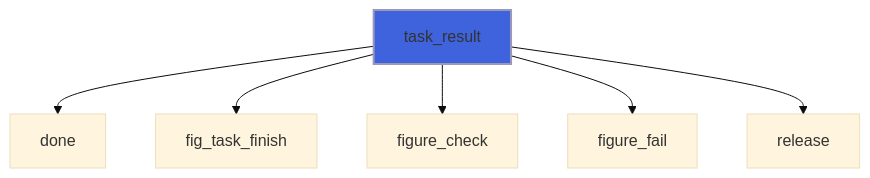
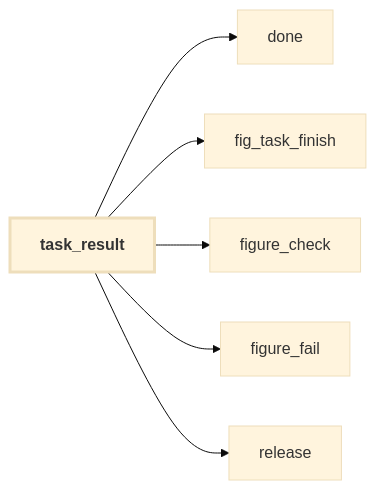
One commit to szaghi/figure changed the seventh of 12 diagrams in docs/api/src/lib/figure_task.md. Above: the diagram before and after it, drawn with Mermaid (base theme). The commit also changed other lines of this file and 54 other files, not shown here.

````diff
--- a/docs/api/src/lib/figure_task.md
+++ b/docs/api/src/lib/figure_task.md
@@ -280,9 +298,14 @@
 ```mermaid
-flowchart TD
+flowchart LR
   task_result["task_result"] --> done["done"]
   task_result["task_result"] --> fig_task_finish["fig_task_finish"]
   task_result["task_result"] --> figure_check["figure_check"]
   task_result["task_result"] --> figure_fail["figure_fail"]
   task_result["task_result"] --> release["release"]
-  style task_result fill:#3e63dd,stroke:#99b,stroke-width:2px
+  classDef focus stroke-width:3px,font-weight:bold
+  class task_result focus
+  click figure_fail href "figure_base.html#figure-fail" "figure_fail"
+  click fig_task_finish href "figure_c_native.html#fig-task-finish" "fig_task_finish"
+  click release href "#release" "release"
+  click figure_check href "figure_base.html#figure-check" "figure_check"
 ```
````
